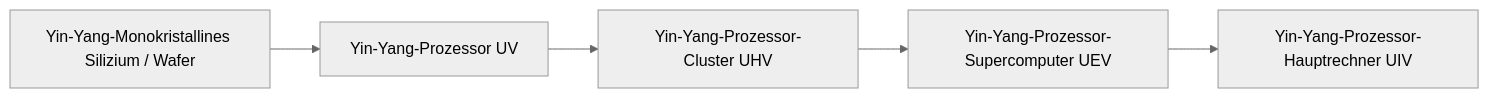
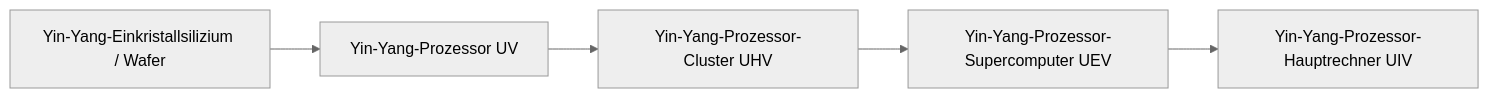
The second of 2 diagrams in docs/de/gtecore/circuits-and-materials.md (takanashisatou/GregtechEasy), drawn with Mermaid (neutral theme) before and after one commit. The commit also changed other lines of this file and 138 other files, not shown here.

````diff
--- a/docs/de/gtecore/circuits-and-materials.md
+++ b/docs/de/gtecore/circuits-and-materials.md
@@ -30,7 +30,7 @@
 ```mermaid
 graph LR
-    A[Yin-Yang-Monokristallines Silizium / Wafer] --> B[Yin-Yang-Prozessor UV]
+    A[Yin-Yang-Einkristallsilizium / Wafer] --> B[Yin-Yang-Prozessor UV]
     B --> C[Yin-Yang-Prozessor-Cluster UHV]
     C --> D[Yin-Yang-Prozessor-Supercomputer UEV]
     D --> E[Yin-Yang-Prozessor-Hauptrechner UIV]
 ```
````
